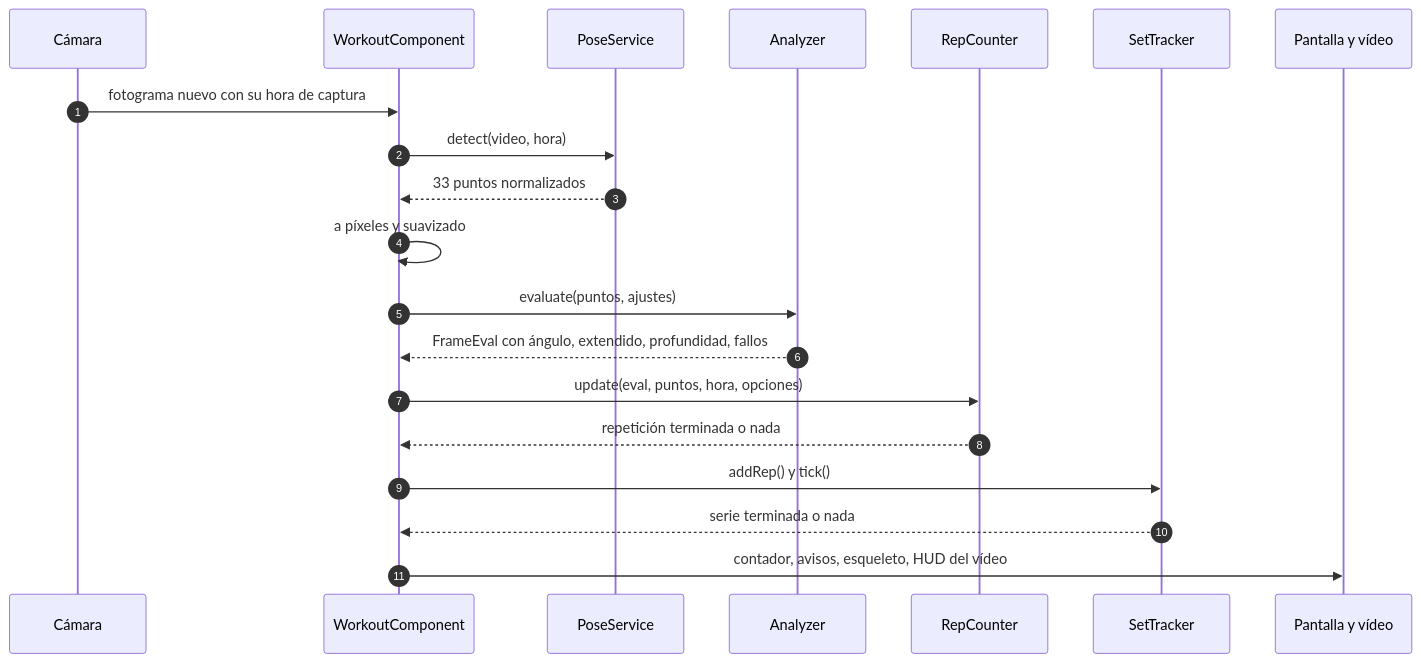
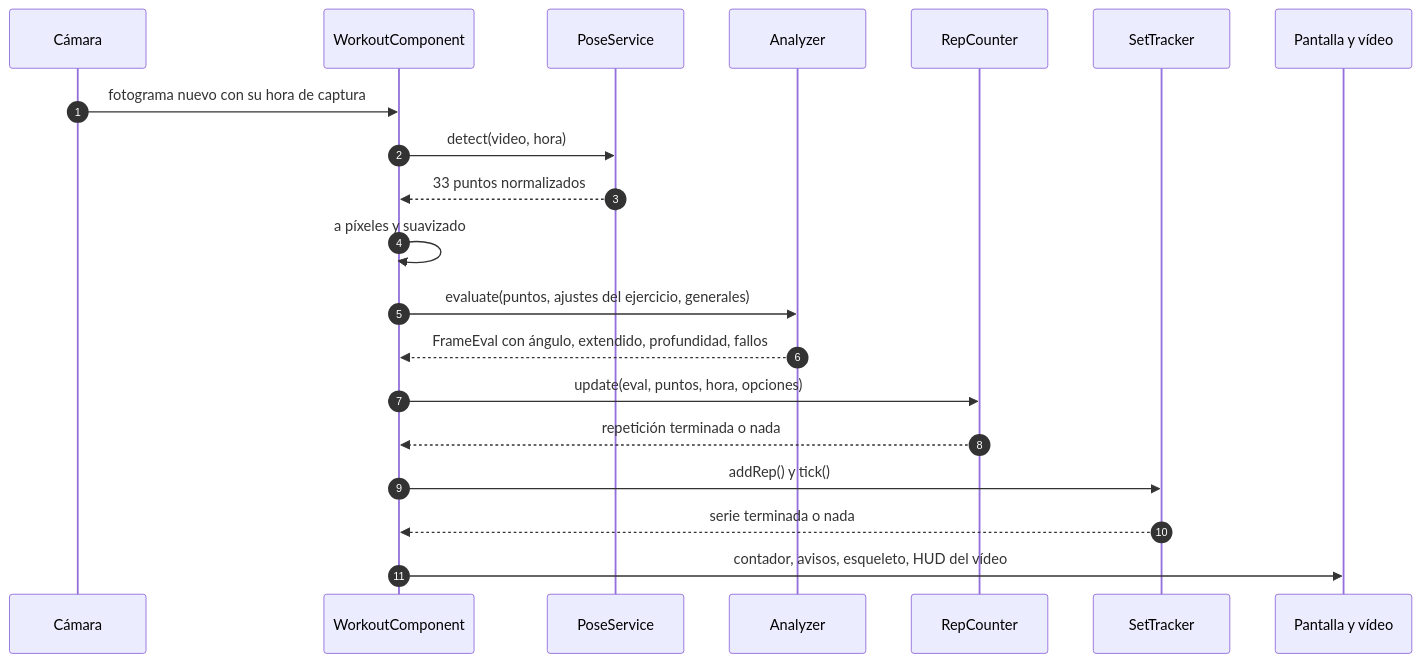
One commit to xaxtian/tracker changed the diagram in guia/03-fotograma.md. Above: the diagram before and after it, drawn with Mermaid. The commit also changed other lines of this file and 62 other files, not shown here.

```diff
--- a/guia/03-fotograma.md
+++ b/guia/03-fotograma.md
@@ -6,23 +6,23 @@
 <pre class="mermaid">
 sequenceDiagram
   autonumber
   participant Cam as Cámara
   participant W as WorkoutComponent
   participant P as PoseService
   participant A as Analyzer
   participant R as RepCounter
   participant S as SetTracker
   participant UI as Pantalla y vídeo
 
   Cam->>W: fotograma nuevo con su hora de captura
   W->>P: detect(video, hora)
   P-->>W: 33 puntos normalizados
   W->>W: a píxeles y suavizado
-  W->>A: evaluate(puntos, ajustes)
+  W->>A: evaluate(puntos, ajustes del ejercicio, generales)
   A-->>W: FrameEval con ángulo, extendido, profundidad, fallos
   W->>R: update(eval, puntos, hora, opciones)
   R-->>W: repetición terminada o nada
   W->>S: addRep() y tick()
   S-->>W: serie terminada o nada
   W->>UI: contador, avisos, esqueleto, HUD del vídeo
 </pre>
```
